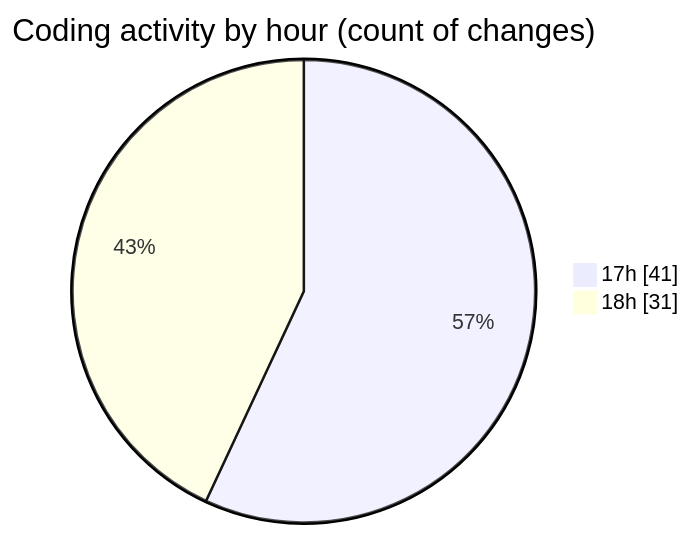
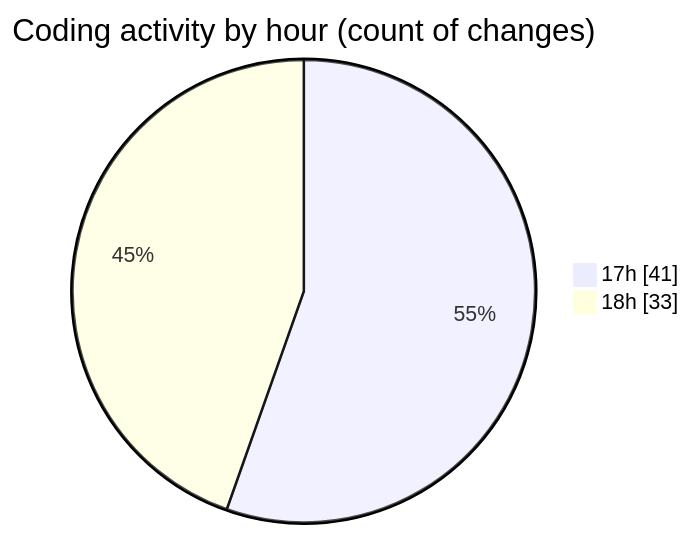
The second of 2 diagrams in 2025-03-20/cda/README.md (momahboobian/code-tracking), drawn with Mermaid before and after one commit. The commit also changed other lines of this file and 1 other file, not shown here.

````diff
--- a/2025-03-20/cda/README.md
+++ b/2025-03-20/cda/README.md
@@ -30,6 +30,6 @@
 ```mermaid
 pie showData
 title Coding activity by hour (count of changes)
 "17h" : 41
-"18h" : 31
+"18h" : 33
 ```
````
